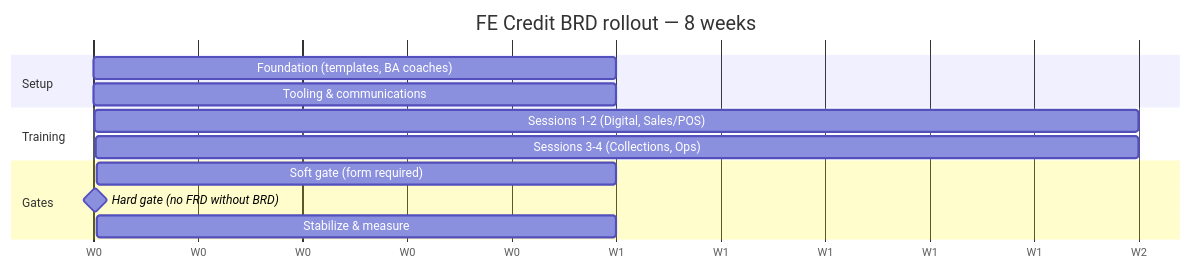
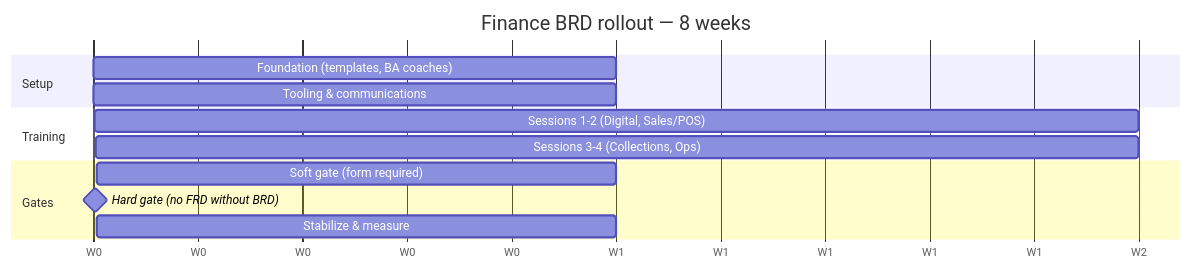
Before and after one commit to taiphan/learning: the diagram in docs/09-rollout-plan-8-weeks.md, drawn with Mermaid. The commit also changed other lines of this file and 42 other files, not shown here.

First line of the commit message:
refactor: rename FE Credit branding to Finance

````diff
--- a/docs/09-rollout-plan-8-weeks.md
+++ b/docs/09-rollout-plan-8-weeks.md
@@ -21,16 +21,16 @@
 ```mermaid
 gantt
-  title FE Credit BRD rollout — 8 weeks
+  title Finance BRD rollout — 8 weeks
   dateFormat  X
   axisFormat  W%s
   section Setup
   Foundation (templates, BA coaches)      :a1, 0, 1
   Tooling & communications                :a2, 1, 1
   section Training
   Sessions 1-2 (Digital, Sales/POS)       :b1, 2, 2
   Sessions 3-4 (Collections, Ops)         :b2, 4, 2
   section Gates
   Soft gate (form required)               :c1, 6, 1
   Hard gate (no FRD without BRD)          :milestone, 7, 0
   Stabilize & measure                     :c2, 7, 1
 ```
````
